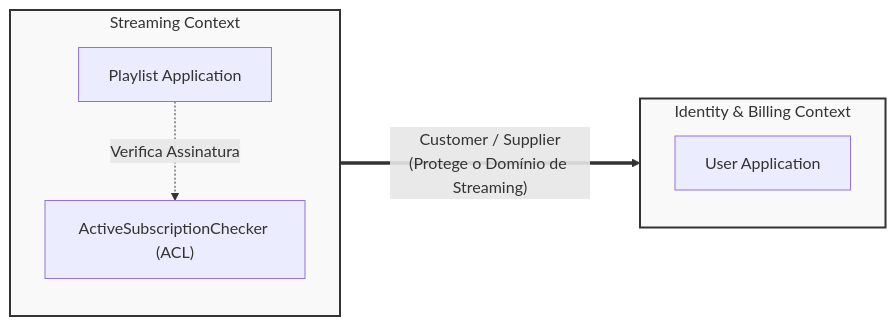
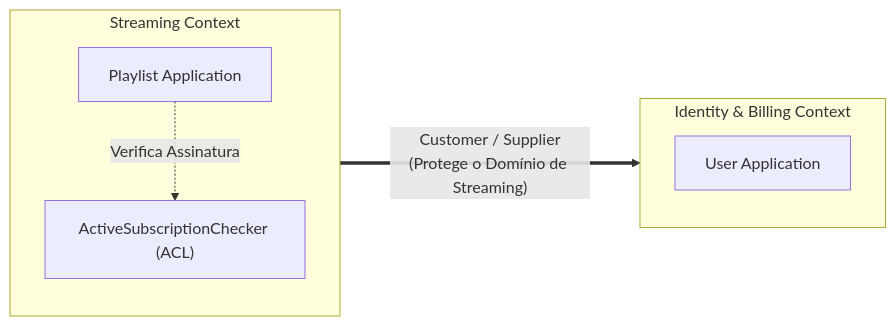
The first of 3 diagrams in README.md (leonardo-muniz/music-streaming-api-ddd-at), drawn with Mermaid before and after one commit.

Commit message:
Update README to remove class definition for context
Removed class definition for context in the diagram.

````diff
--- a/README.md
+++ b/README.md
@@ -49,19 +49,18 @@
 ```mermaid
 flowchart LR
    subgraph StreamingContext ["Streaming Context"]
       direction TB
       PlaylistApp["Playlist Application"]
       ACL["ActiveSubscriptionChecker (ACL)"]
    end
 
    subgraph BillingContext ["Identity & Billing Context"]
       direction TB
       UserApp["User Application"]
    end
 
    PlaylistApp -. "Verifica Assinatura" .-> ACL
    ACL == "Customer / Supplier\n(Protege o Domínio de Streaming)" ===> UserApp
 
-   classDef context fill:#f9f9f9,stroke:#333,stroke-width:2px;
    class StreamingContext,BillingContext context;
 ```
````
